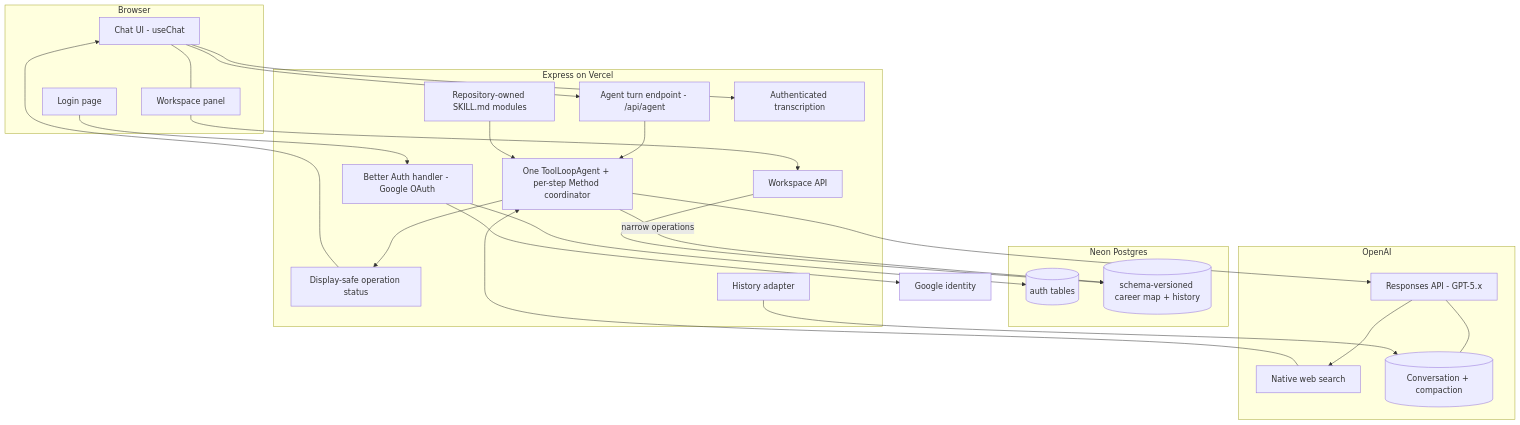
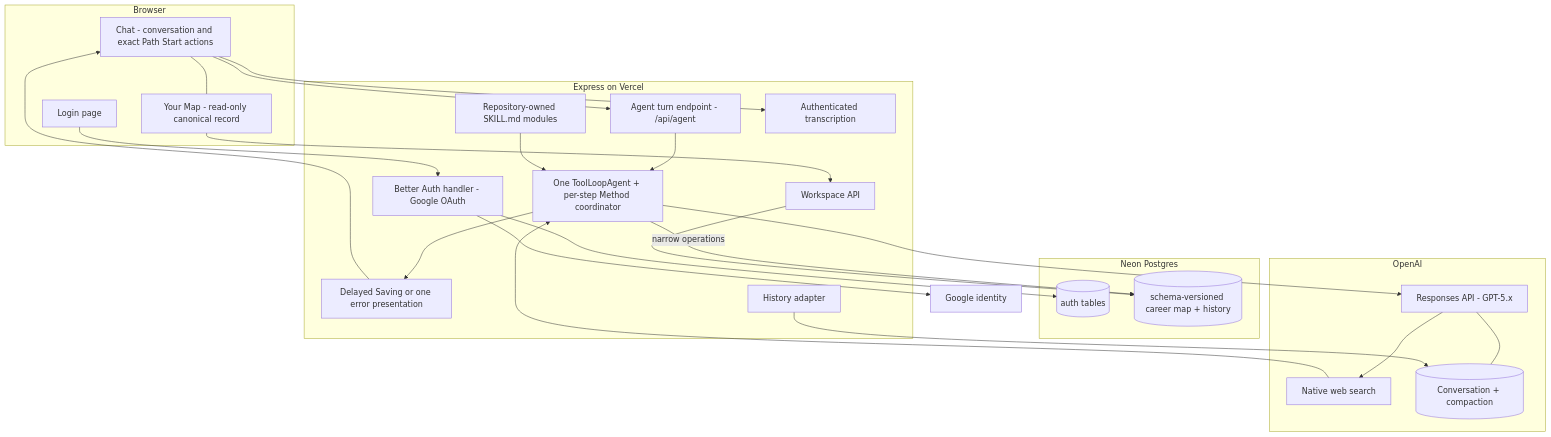
One commit to andres-monge/ikigai changed the second of 6 diagrams in docs/plans/2026-08-14-claude-feat-revelio-revamp-plan.md. Above: the diagram before and after it, drawn with Mermaid. The commit also changed other lines of this file and 44 other files, not shown here.

````diff
--- a/docs/plans/2026-08-14-claude-feat-revelio-revamp-plan.md
+++ b/docs/plans/2026-08-14-claude-feat-revelio-revamp-plan.md
@@ -274,39 +299,39 @@
 ```mermaid
 flowchart TB
   subgraph Browser
-    Chat[Chat UI - useChat] --- WS[Workspace panel]
+    Chat[Chat - conversation and exact Path Start actions] --- WS[Your Map - read-only canonical record]
     Login[Login page]
   end
   subgraph Express on Vercel
     Auth[Better Auth handler - Google OAuth]
     AgentEP[Agent turn endpoint - /api/agent]
     Method[One ToolLoopAgent + per-step Method coordinator]
     Skills[Repository-owned SKILL.md modules]
-    Status[Display-safe operation status]
+    Status[Delayed Saving or one error presentation]
     Audio[Authenticated transcription]
     Hist[History adapter]
     WSAPI[Workspace API]
   end
   subgraph Neon Postgres
     Users[(auth tables)]
     Map[(schema-versioned career map + history)]
   end
   subgraph OpenAI
     Resp[Responses API - GPT-5.x]
     Search[Native web search]
     Conv[(Conversation + compaction)]
   end
   Login --> Auth --> Google[Google identity]
   Auth --> Users
   Chat --> AgentEP --> Method
   Skills --> Method
   Method --> Resp
   Resp --> Search
   Search --> Method
   Method --> Status --> Chat
   Chat --> Audio
   Resp --- Conv
   Method -->|narrow operations| Map
   Hist --> Conv
   WS --> WSAPI --> Map
 ```
````
